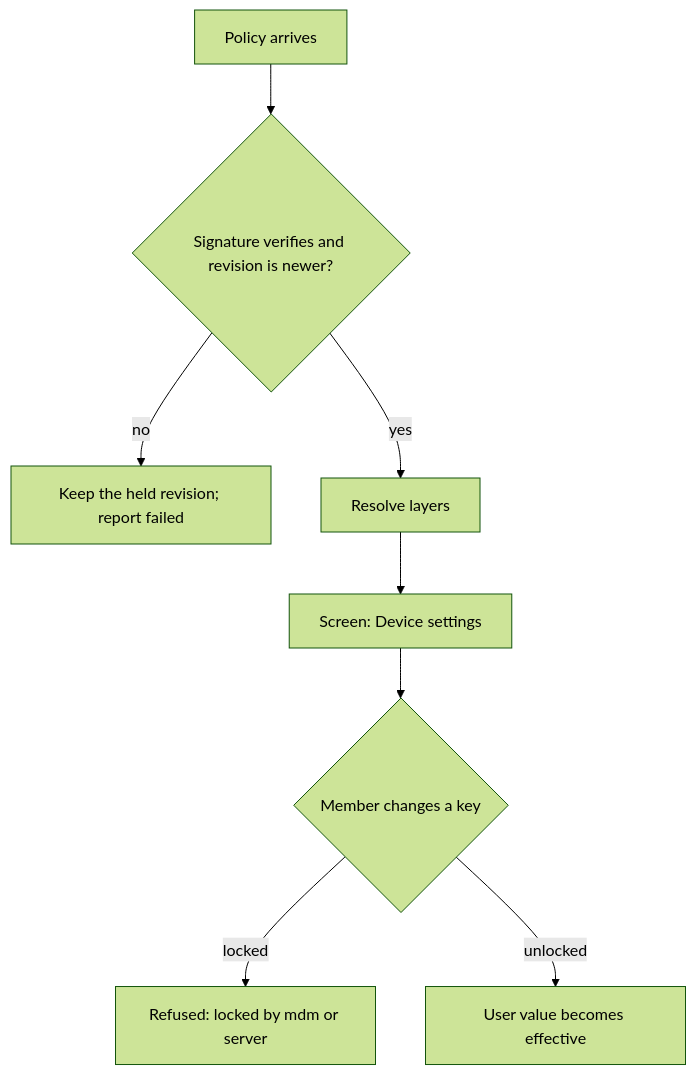
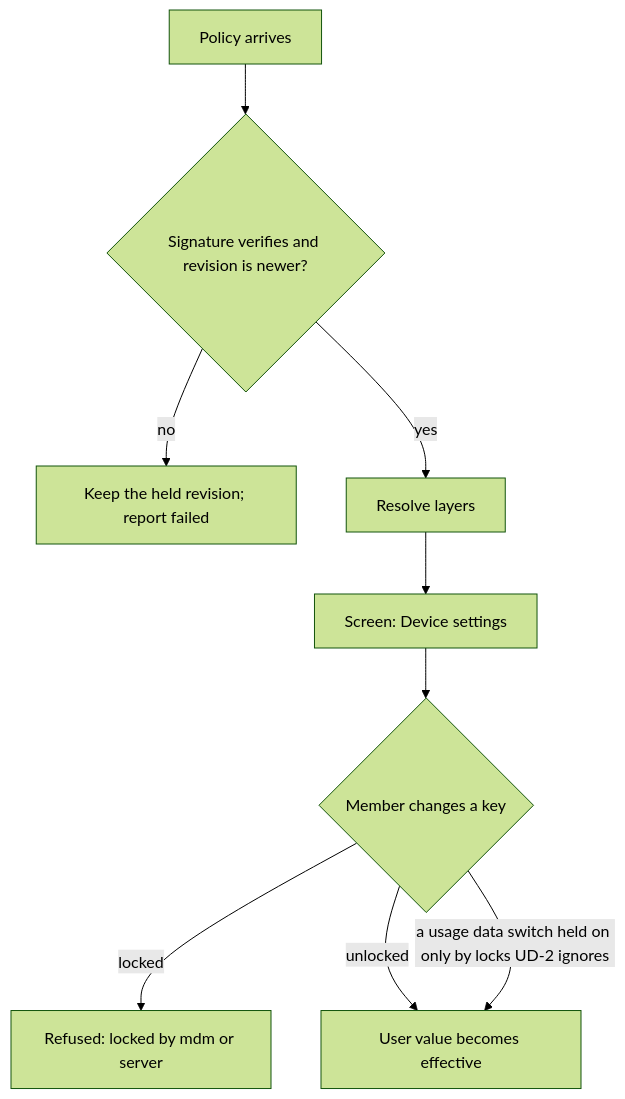
Before and after one commit to passioncode-ai/fabric-agent-contract: the seventh of 34 diagrams in docs/ux/flows.md, drawn with Mermaid (forest theme). The commit also changed other lines of this file and 12 other files, not shown here.

````diff
--- a/docs/ux/flows.md
+++ b/docs/ux/flows.md
@@ -185,10 +185,11 @@
 ```mermaid
 flowchart TD
   P[Policy arrives] --> V{Signature verifies and revision is newer?}
   V -->|no| K[Keep the held revision; report failed]
   V -->|yes| R[Resolve layers]
   R --> S[Screen: Device settings]
   S --> C{Member changes a key}
   C -->|locked| X[Refused: locked by mdm or server]
   C -->|unlocked| U[User value becomes effective]
+  C -->|a usage data switch held on only by locks UD-2 ignores| U
 ```
````
